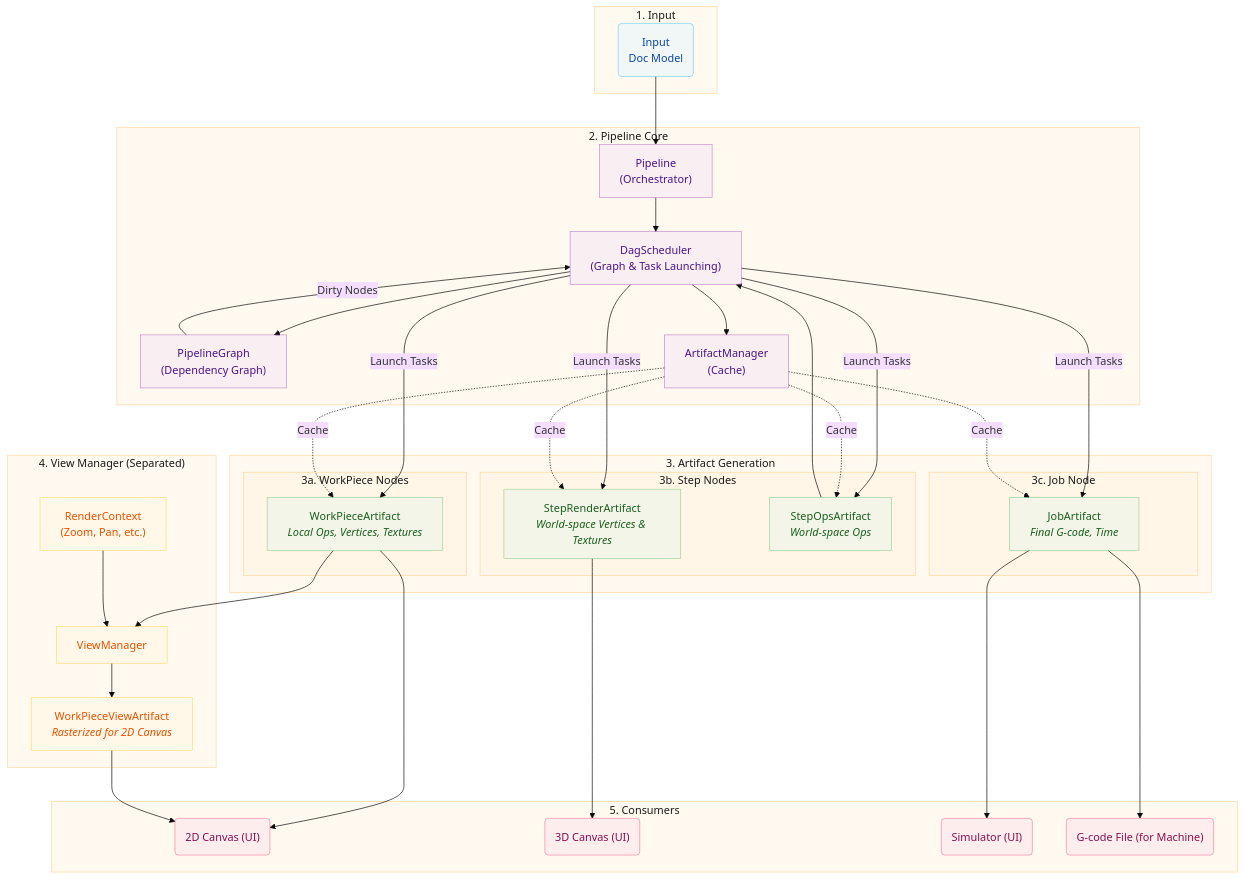
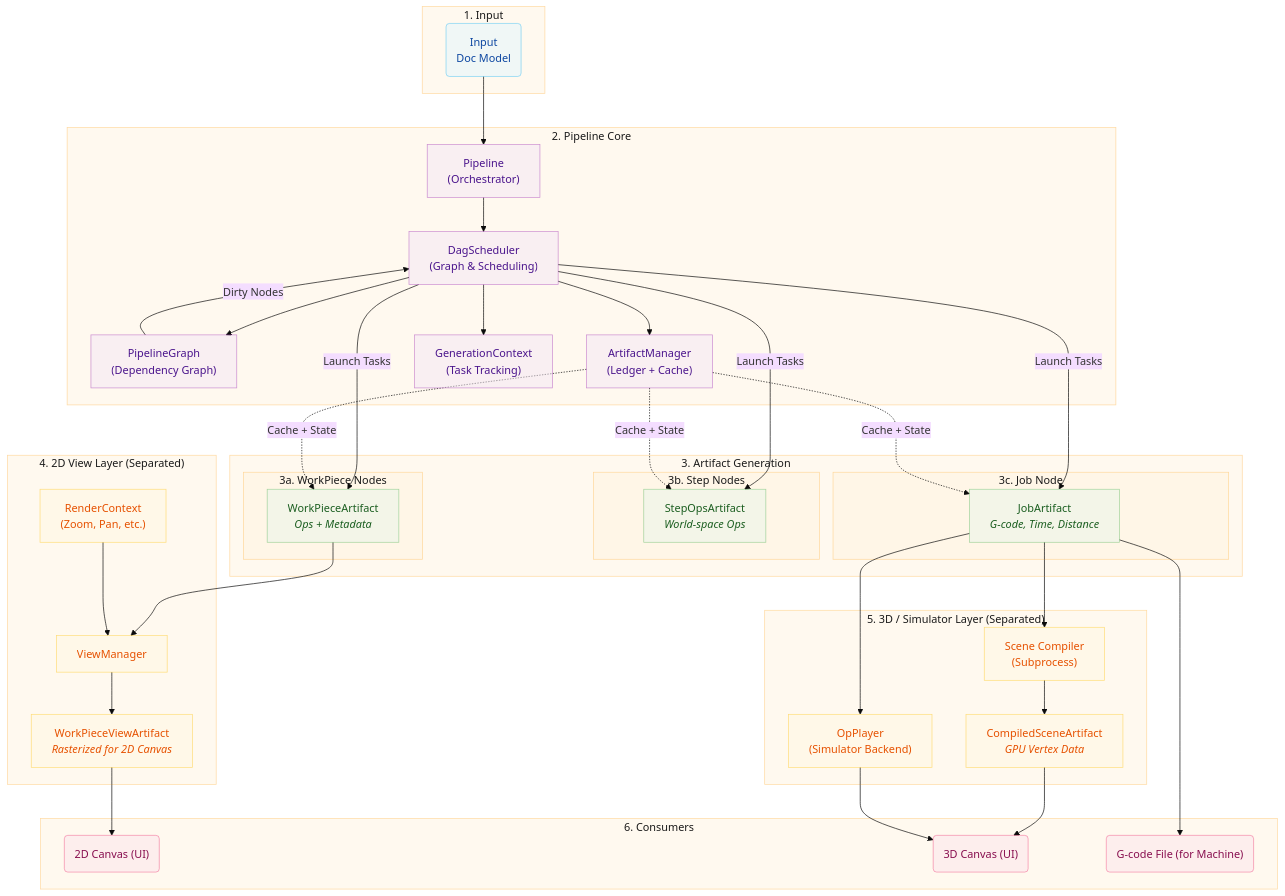
Before and after one commit to yuri-schmaltz/my-rayforge: the diagram in website/docs/developer/pipeline.md, drawn with Mermaid (base theme). The commit also changed other lines of this file and 8 other files, not shown here.

````diff
--- a/website/docs/developer/pipeline.md
+++ b/website/docs/developer/pipeline.md
@@ -17,36 +17,41 @@
 
     subgraph PipelineCore["2. Pipeline Core"]
         Pipeline["Pipeline<br/>(Orchestrator)"]
-        DAG["DagScheduler<br/>(Graph & Task Launching)"]
+        DAG["DagScheduler<br/>(Graph & Scheduling)"]
         Graph["PipelineGraph<br/>(Dependency Graph)"]
-        AM["ArtifactManager<br/>(Cache)"]
+        AM["ArtifactManager<br/>(Ledger + Cache)"]
+        GC["GenerationContext<br/>(Task Tracking)"]
     end
 
     subgraph ArtifactGen["3. Artifact Generation"]
         subgraph WorkPieceNodes["3a. WorkPiece Nodes"]
-            WP["WorkPieceArtifact<br/><i>Local Ops, Vertices, Textures</i>"]
+            WP["WorkPieceArtifact<br/><i>Ops + Metadata</i>"]
         end
 
         subgraph StepNodes["3b. Step Nodes"]
-            SR["StepRenderArtifact<br/><i>World-space Vertices & Textures</i>"]
             SO["StepOpsArtifact<br/><i>World-space Ops</i>"]
         end
 
         subgraph JobNode["3c. Job Node"]
-            JA["JobArtifact<br/><i>Final G-code, Time</i>"]
+            JA["JobArtifact<br/><i>G-code, Time, Distance</i>"]
         end
     end
 
-    subgraph ViewMgr["4. View Manager (Separated)"]
+    subgraph View2D["4. 2D View Layer (Separated)"]
         VM["ViewManager"]
-        VC["RenderContext<br/>(Zoom, Pan, etc.)"]
+        RC["RenderContext<br/>(Zoom, Pan, etc.)"]
         WV["WorkPieceViewArtifact<br/><i>Rasterized for 2D Canvas</i>"]
     end
 
-    subgraph Consumers["5. Consumers"]
+    subgraph View3D["5. 3D / Simulator Layer (Separated)"]
+        SC["Scene Compiler<br/>(Subprocess)"]
+        CS["CompiledSceneArtifact<br/><i>GPU Vertex Data</i>"]
+        OP["OpPlayer<br/>(Simulator Backend)"]
+    end
+
+    subgraph Consumers["6. Consumers"]
         Vis2D("2D Canvas (UI)")
         Vis3D("3D Canvas (UI)")
-        Simulator("Simulator (UI)")
         File("G-code File (for Machine)")
     end
 
@@ -54,28 +59,29 @@
     Pipeline --> DAG
     DAG --> Graph
     DAG --> AM
+    DAG --> GC
 
     Graph -->|"Dirty Nodes"| DAG
     DAG -->|"Launch Tasks"| WP
-    DAG -->|"Launch Tasks"| SR
     DAG -->|"Launch Tasks"| SO
     DAG -->|"Launch Tasks"| JA
 
-    AM -.->|"Cache"| WP
-    AM -.->|"Cache"| SR
-    AM -.->|"Cache"| SO
-    AM -.->|"Cache"| JA
+    AM -.->|"Cache + State"| WP
+    AM -.->|"Cache + State"| SO
+    AM -.->|"Cache + State"| JA
 
-    WP --> Vis2D
     WP --> VM
-    SR --> Vis3D
-    SO --> DAG
-    JA --> Simulator
+    JA --> SC
+    JA --> OP
     JA --> File
 
-    VC --> VM
+    RC --> VM
     VM --> WV
     WV --> Vis2D
+
+    SC --> CS
+    CS --> Vis3D
+    OP --> Vis3D
 
     classDef clusterBox fill:#fff3e080,stroke:#ffb74d80,stroke-width:1px,color:#1a1a1a
     classDef inputNode fill:#e1f5fe80,stroke:#03a9f480,color:#0d47a1
@@ -83,10 +89,10 @@
     classDef artifactNode fill:#e8f5e980,stroke:#4caf5080,color:#1b5e20
     classDef viewNode fill:#fff8e180,stroke:#ffc10780,color:#e65100
     classDef consumerNode fill:#fce4ec80,stroke:#e91e6380,color:#880e4f
-    class Input,PipelineCore,ArtifactGen,WorkPieceNodes,StepNodes,JobNode,ViewMgr,Consumers clusterBox
+    class Input,PipelineCore,ArtifactGen,WorkPieceNodes,StepNodes,JobNode,View2D,View3D,Consumers clusterBox
     class InputNode inputNode
-    class Pipeline,DAG,Graph,AM coreNode
-    class WP,SR,SO,JA artifactNode
-    class VM,VC,WV viewNode
-    class Vis2D,Vis3D,Simulator,File consumerNode
+    class Pipeline,DAG,Graph,AM,GC coreNode
+    class WP,SO,JA artifactNode
+    class VM,RC,WV,SC,CS,OP viewNode
+    class Vis2D,Vis3D,File consumerNode
 ```
````
